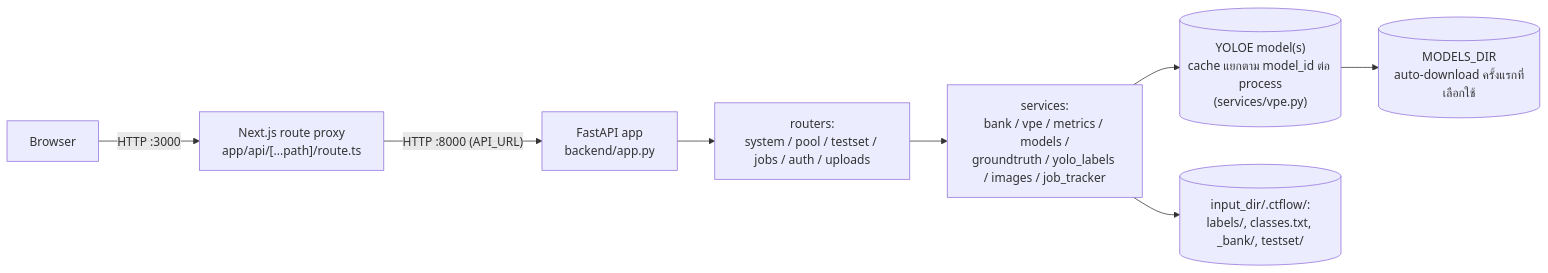
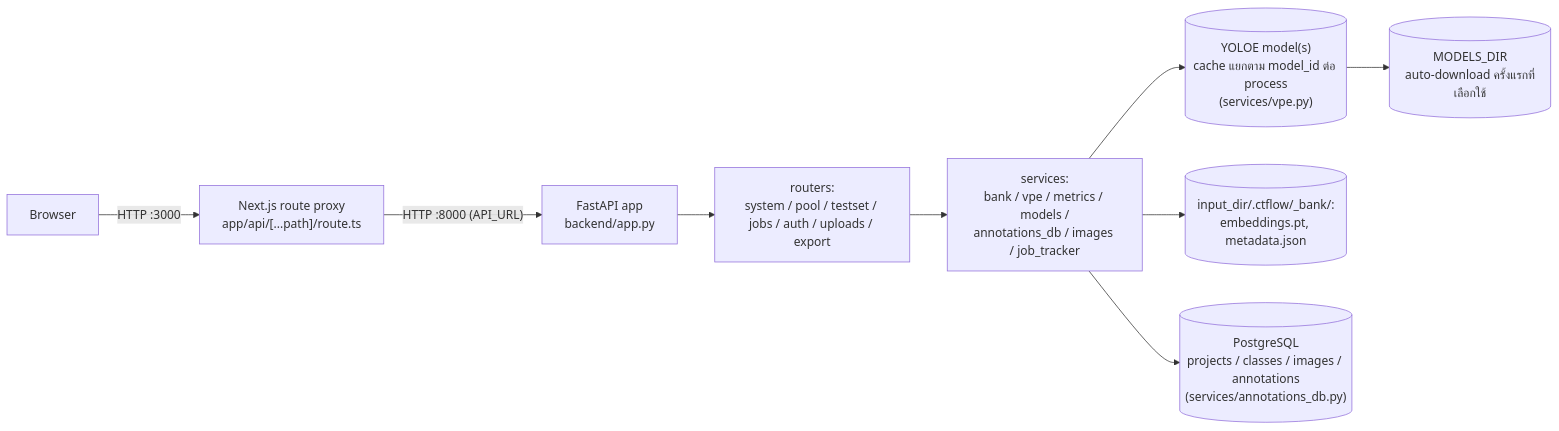
The diagram in docs/ARCHITECTURE.md (P-PrPas/CT-Flow), drawn with Mermaid before and after one commit. The commit also changed other lines of this file and 24 other files, not shown here.

````diff
--- a/docs/ARCHITECTURE.md
+++ b/docs/ARCHITECTURE.md
@@ -19,10 +19,11 @@
 ```mermaid
 flowchart LR
     Browser -->|"HTTP :3000"| Proxy["Next.js route proxy<br/>app/api/[...path]/route.ts"]
     Proxy -->|"HTTP :8000 (API_URL)"| API["FastAPI app<br/>backend/app.py"]
-    API --> Routers["routers:<br/>system / pool / testset / jobs / auth / uploads"]
-    Routers --> Services["services:<br/>bank / vpe / metrics / models /<br/>groundtruth / yolo_labels / images / job_tracker"]
+    API --> Routers["routers:<br/>system / pool / testset / jobs / auth / uploads / export"]
+    Routers --> Services["services:<br/>bank / vpe / metrics / models /<br/>annotations_db / images / job_tracker"]
     Services --> Model[("YOLOE model(s)<br/>cache แยกตาม model_id ต่อ process<br/>(services/vpe.py)")]
     Model --> Weights[("MODELS_DIR<br/>auto-download ครั้งแรกที่เลือกใช้")]
-    Services --> Disk[("input_dir/.ctflow/:<br/>labels/, classes.txt, _bank/, testset/")]
+    Services --> Bank[("input_dir/.ctflow/_bank/:<br/>embeddings.pt, metadata.json")]
+    Services --> DB[("PostgreSQL<br/>projects / classes / images / annotations<br/>(services/annotations_db.py)")]
 ```
````
